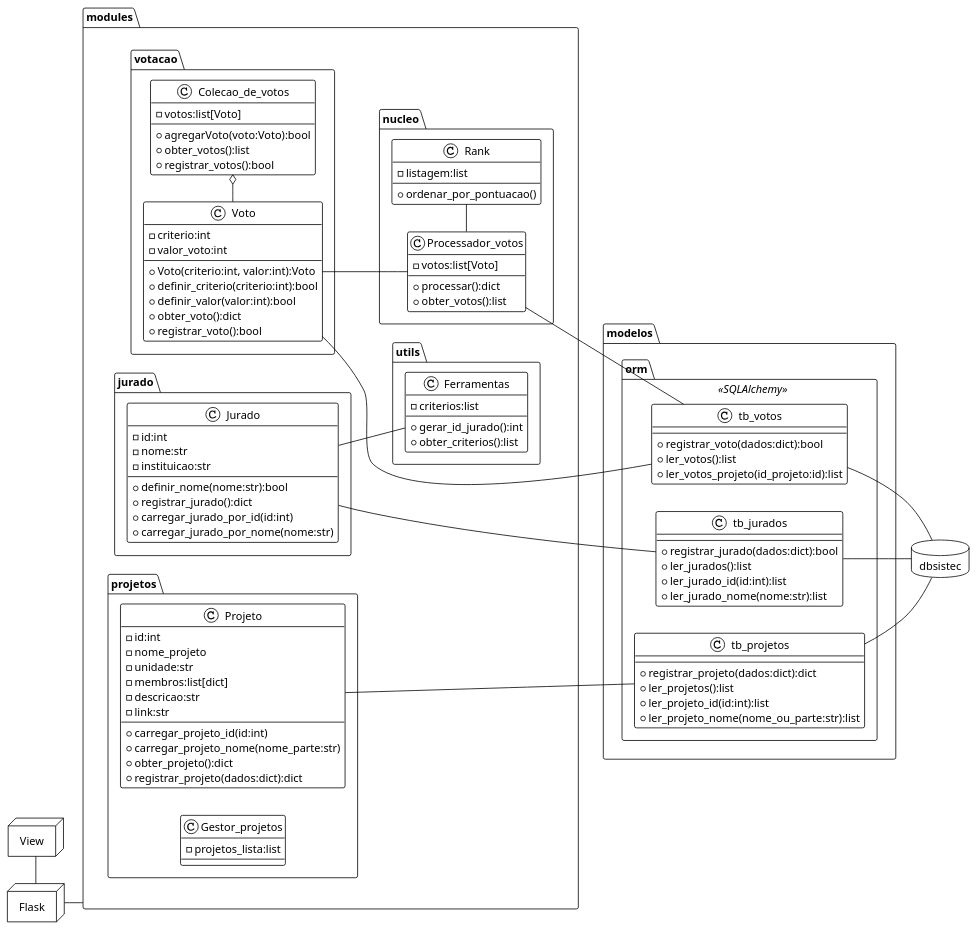
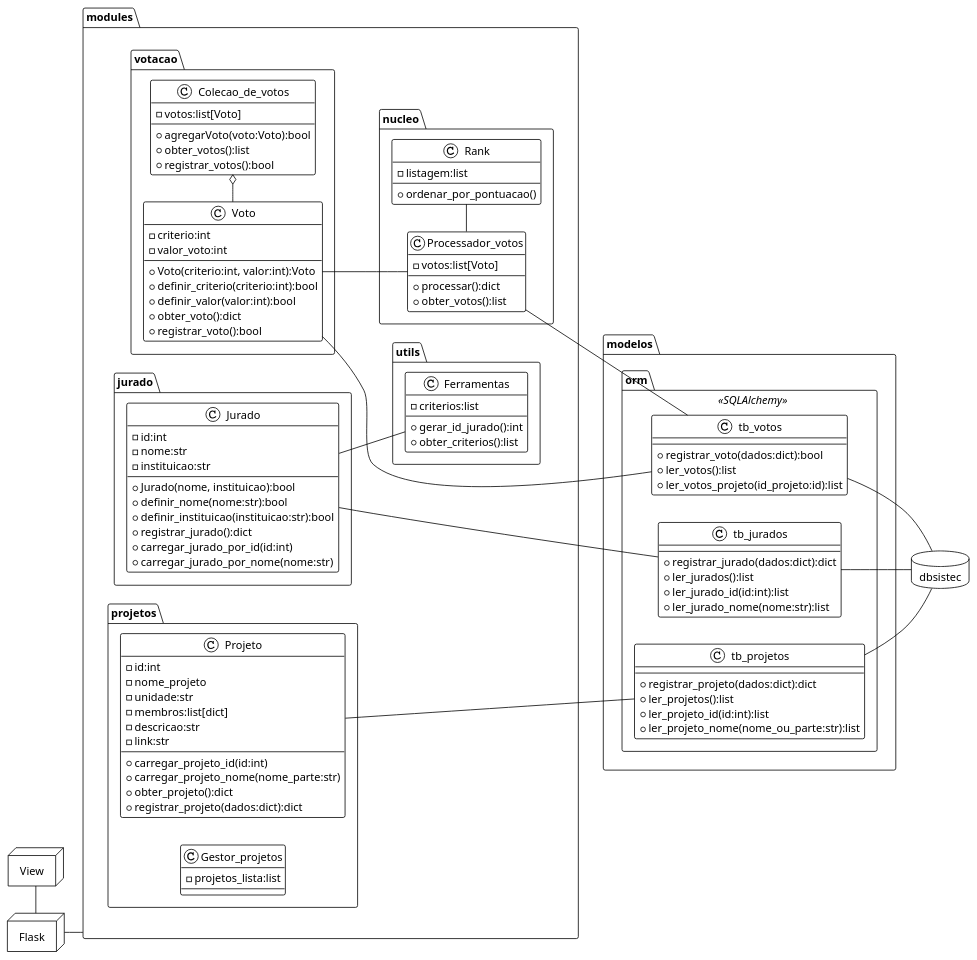
The diagram in project/classes.plantuml (sistemainternosmecict/svmp), drawn with PlantUML before and after one commit. The commit also changed 2 other files, not shown here.

Commit message:
docs(projeto): Diagrama de sequencia uc1 e ajustes em UC5 e no diagrama de classes.

```diff
--- a/project/classes.plantuml
+++ b/project/classes.plantuml
@@ -1,122 +1,124 @@
 @startuml Diagrama1
 !theme plain
 
 left to right direction
 
 package dbsistec <<Database>> {
 }
 
 package modules.votacao {
 class Voto {
     -criterio:int
     -valor_voto:int
     +Voto(criterio:int, valor:int):Voto
     +definir_criterio(criterio:int):bool
     +definir_valor(valor:int):bool
     +obter_voto():dict
     +registrar_voto():bool
 }
 
 class Colecao_de_votos {
     -votos:list[Voto]
     +agregarVoto(voto:Voto):bool
     +obter_votos():list
     +registrar_votos():bool
 }
 } 
 
 package modules.jurado{
 class Jurado {
     -id:int
     -nome:str
 -instituicao:str
+    +Jurado(nome, instituicao):bool
     +definir_nome(nome:str):bool
+    +definir_instituicao(instituicao:str):bool
     +registrar_jurado():dict
 +carregar_jurado_por_id(id:int)
 +carregar_jurado_por_nome(nome:str)
 }
 }
 
 package modules.utils {
 class Ferramentas {
 -criterios:list
 +gerar_id_jurado():int
 +obter_criterios():list
 } 
 }
 
 package modules.nucleo{
 class Processador_votos{
 -votos:list[Voto]
 +processar():dict
 +obter_votos():list
 }
 
 class Rank{
 -listagem:list
 +ordenar_por_pontuacao()
 }
 }
 
 package modules.projetos {
 class Projeto{
 -id:int
 -nome_projeto
 -unidade:str
 -membros:list[dict]
 -descricao:str
 -link:str
 +carregar_projeto_id(id:int)
 +carregar_projeto_nome(nome_parte:str)
 +obter_projeto():dict
 +registrar_projeto(dados:dict):dict
 }
 
 class Gestor_projetos {
 -projetos_lista:list
 }
 }
 
 package modelos {
 package orm <<SQLAlchemy>> {
 class tb_jurados{
-+registrar_jurado(dados:dict):bool
++registrar_jurado(dados:dict):dict
 +ler_jurados():list
 +ler_jurado_id(id:int):list
 +ler_jurado_nome(nome:str):list
 } 
 class tb_votos {
 +registrar_voto(dados:dict):bool
 +ler_votos():list
 +ler_votos_projeto(id_projeto:id):list
 } 
 class tb_projetos{
 +registrar_projeto(dados:dict):dict
 +ler_projetos():list
 +ler_projeto_id(id:int):list
 +ler_projeto_nome(nome_ou_parte:str):list
 }
 } 
 }
 
 package View <<Node>>{
 }
 
 package Flask as fl <<Node>>{
 } 
 
 Jurado -- Ferramentas
 Colecao_de_votos o-left- Voto
 Voto -- Processador_votos
 Processador_votos -- tb_votos
 tb_votos -- dbsistec
 tb_jurados -- dbsistec
 tb_projetos -- dbsistec
 Voto -- tb_votos
 Jurado -- tb_jurados
 Projeto -- tb_projetos
 Rank -left- Processador_votos
 View - fl
 fl -- modules
 
 @enduml
```
